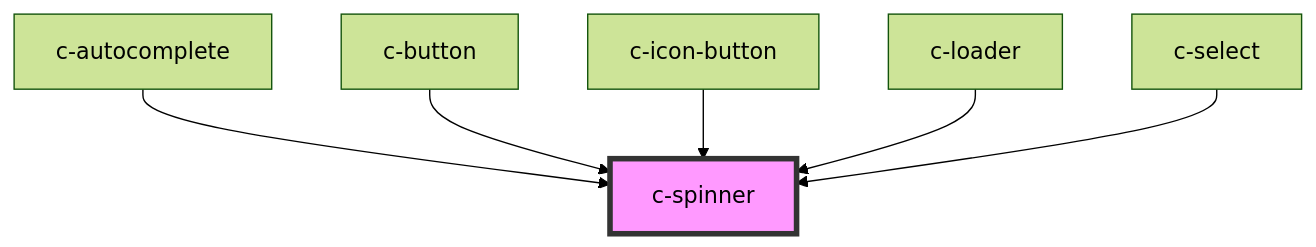
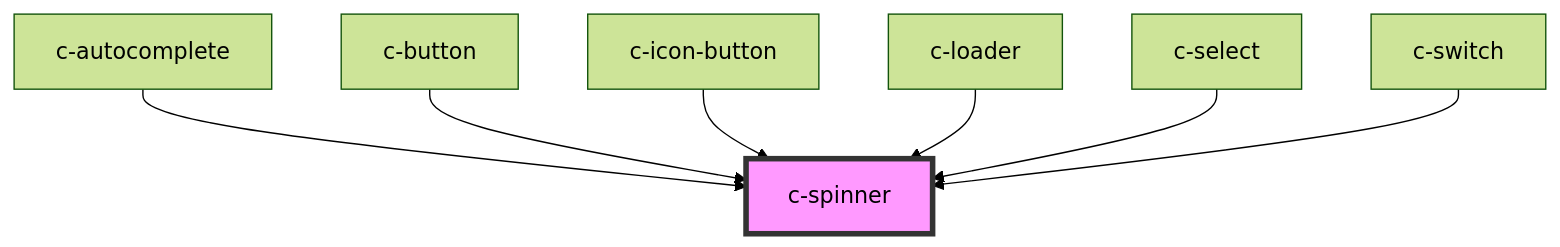
The diagram in packages/csc-ui/src/components/c-spinner/readme.md (CSCfi/ui), drawn with Mermaid (forest theme) before and after one commit. The commit also changed other lines of this file and 6 other files, not shown here.

````diff
--- a/packages/csc-ui/src/components/c-spinner/readme.md
+++ b/packages/csc-ui/src/components/c-spinner/readme.md
@@ -35,9 +36,10 @@
 ```mermaid
 graph TD;
   c-autocomplete --> c-spinner
   c-button --> c-spinner
   c-icon-button --> c-spinner
   c-loader --> c-spinner
   c-select --> c-spinner
+  c-switch --> c-spinner
   style c-spinner fill:#f9f,stroke:#333,stroke-width:4px
 ```
````
